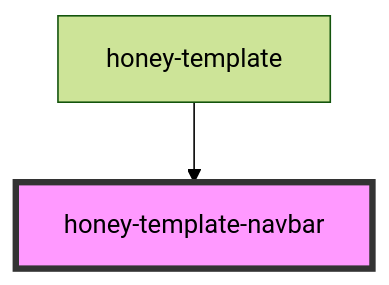
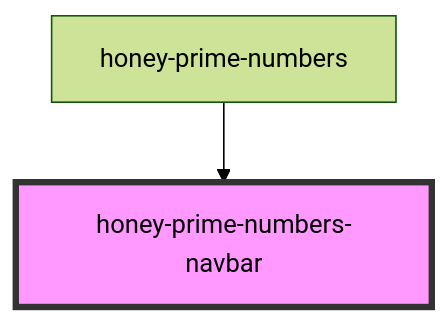
Before and after one commit to Huluvu424242/honey-prime-numbers: the diagram in src/components/honey-news/snippets/readme.md, drawn with Mermaid (forest theme). The commit also changed other lines of this file and 23 other files, not shown here.

````diff
--- a/src/components/honey-news/snippets/readme.md
+++ b/src/components/honey-news/snippets/readme.md
@@ -15,5 +15,5 @@
 ```mermaid
 graph TD;
-  honey-template --> honey-template-navbar
-  style honey-template-navbar fill:#f9f,stroke:#333,stroke-width:4px
+  honey-prime-numbers --> honey-prime-numbers-navbar
+  style honey-prime-numbers-navbar fill:#f9f,stroke:#333,stroke-width:4px
 ```
````
